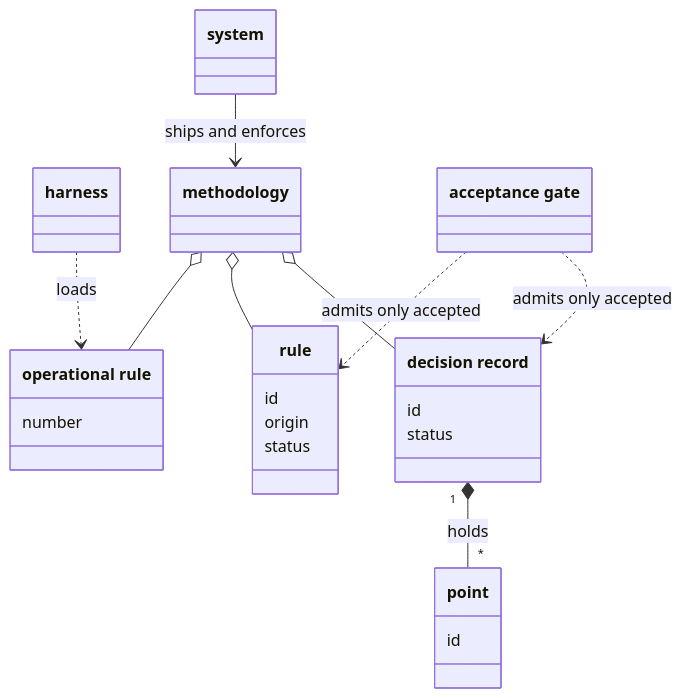
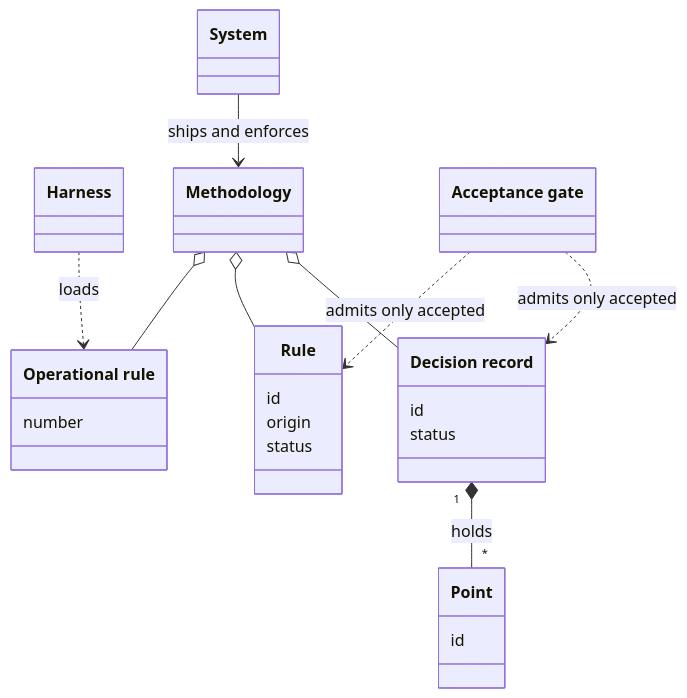
Before and after one commit to aleskalfas/project-kit: the first of 4 diagrams in tech-docs/analysis/core/domain-model/010-the-system-and-its-methodology.md, drawn with Mermaid. The commit also changed other lines of this file and 6 other files, not shown here.

````diff
--- a/tech-docs/analysis/core/domain-model/010-the-system-and-its-methodology.md
+++ b/tech-docs/analysis/core/domain-model/010-the-system-and-its-methodology.md
@@ -46,28 +46,28 @@
 ```mermaid
 classDiagram
   accTitle: The system and its methodology
   accDescr: The system ships and enforces the methodology. The methodology is made of decision records, rules, operational rules and conventions. A decision record holds points. Work builds only on accepted decision records and rules, as the acceptance gate says. A harness loads the operational rules through its include.
-  class System["system"]
-  class Harness["harness"]
-  class Methodology["methodology"]
-  class DecisionRecord["decision record"]
+  class System["System"]
+  class Harness["Harness"]
+  class Methodology["Methodology"]
+  class DecisionRecord["Decision record"]
   DecisionRecord : id
   DecisionRecord : status
-  class Point["point"]
+  class Point["Point"]
   Point : id
-  class Rule["rule"]
+  class Rule["Rule"]
   Rule : id
   Rule : origin
   Rule : status
-  class AcceptanceGate["acceptance gate"]
-  class OperationalRule["operational rule"]
+  class AcceptanceGate["Acceptance gate"]
+  class OperationalRule["Operational rule"]
   OperationalRule : number
   System --> Methodology : ships and enforces
   Methodology o-- DecisionRecord
   Methodology o-- Rule
   Methodology o-- OperationalRule
   DecisionRecord "1" *-- "*" Point : holds
   AcceptanceGate ..> DecisionRecord : admits only accepted
   AcceptanceGate ..> Rule : admits only accepted
   Harness ..> OperationalRule : loads
 ```
````
